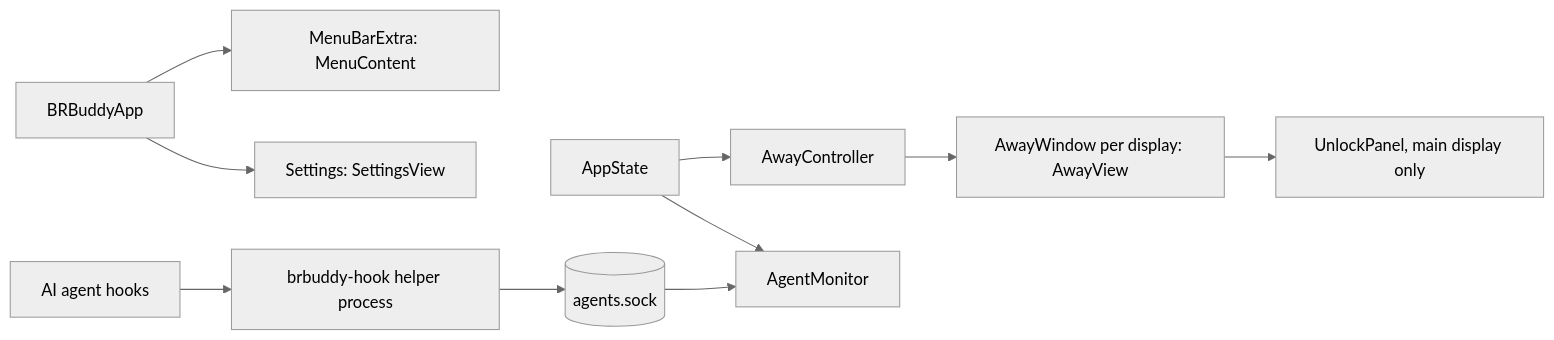
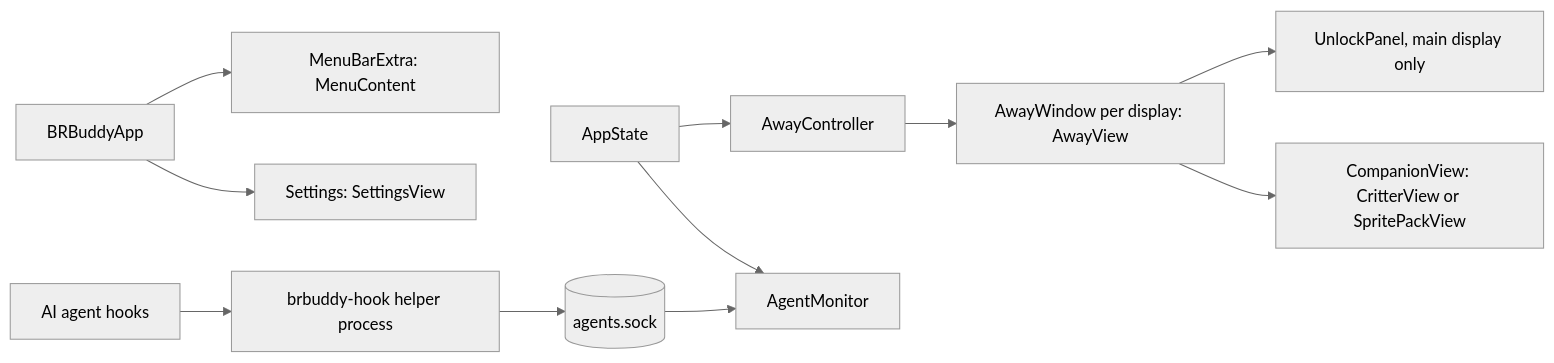
The first of 2 diagrams in docs/architecture/README.md (dhaataalimited-hub/brbuddy), drawn with Mermaid (neutral theme) before and after one commit. The commit also changed other lines of this file and 20 other files, not shown here.

````diff
--- a/docs/architecture/README.md
+++ b/docs/architecture/README.md
@@ -23,11 +27,12 @@
 ```mermaid
 flowchart LR
   App[BRBuddyApp] --> Menu[MenuBarExtra: MenuContent]
   App --> Settings[Settings: SettingsView]
   State[AppState] --> Away[AwayController]
   Away --> Win[AwayWindow per display: AwayView]
   Win --> Unlock[UnlockPanel, main display only]
+  Win --> Comp[CompanionView: CritterView or SpritePackView]
   Agents[AI agent hooks] --> Hook[brbuddy-hook helper process]
   Hook --> Sock[(agents.sock)] --> Monitor[AgentMonitor]
   State --> Monitor
 ```
````
